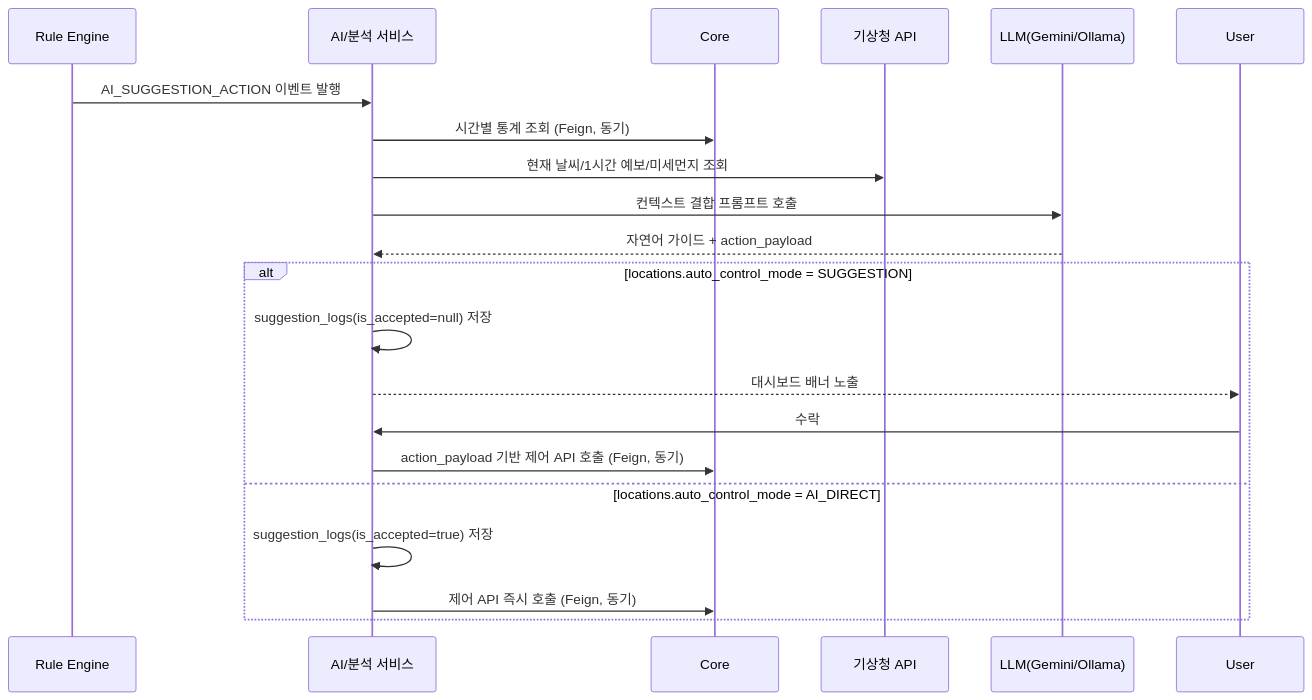
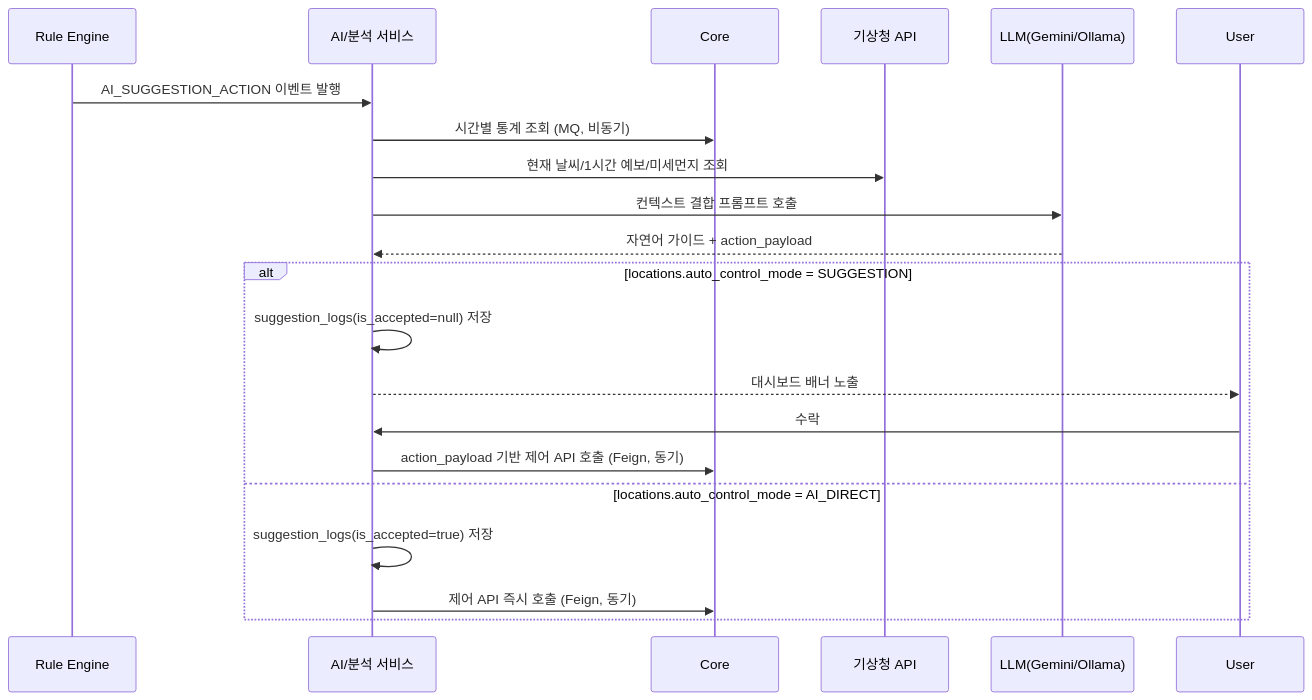
Before and after one commit to nhnacademy-aiot3-insighton/.github: the second of 4 diagrams in profile/README.md, drawn with Mermaid.

````diff
--- a/profile/README.md
+++ b/profile/README.md
@@ -259,24 +259,24 @@
 ```mermaid
 sequenceDiagram
     participant RE as Rule Engine
     participant AI as AI/분석 서비스
     participant Core
     participant KMA as 기상청 API
     participant LLM as LLM(Gemini/Ollama)
     participant User
 
     RE->>AI: AI_SUGGESTION_ACTION 이벤트 발행
-    AI->>Core: 시간별 통계 조회 (Feign, 동기)
+    AI->>Core: 시간별 통계 조회 (MQ, 비동기)
     AI->>KMA: 현재 날씨/1시간 예보/미세먼지 조회
     AI->>LLM: 컨텍스트 결합 프롬프트 호출
     LLM-->>AI: 자연어 가이드 + action_payload
     alt locations.auto_control_mode = SUGGESTION
         AI->>AI: suggestion_logs(is_accepted=null) 저장
         AI-->>User: 대시보드 배너 노출
         User->>AI: 수락
         AI->>Core: action_payload 기반 제어 API 호출 (Feign, 동기)
     else locations.auto_control_mode = AI_DIRECT
         AI->>AI: suggestion_logs(is_accepted=true) 저장
         AI->>Core: 제어 API 즉시 호출 (Feign, 동기)
     end
 ```
````
